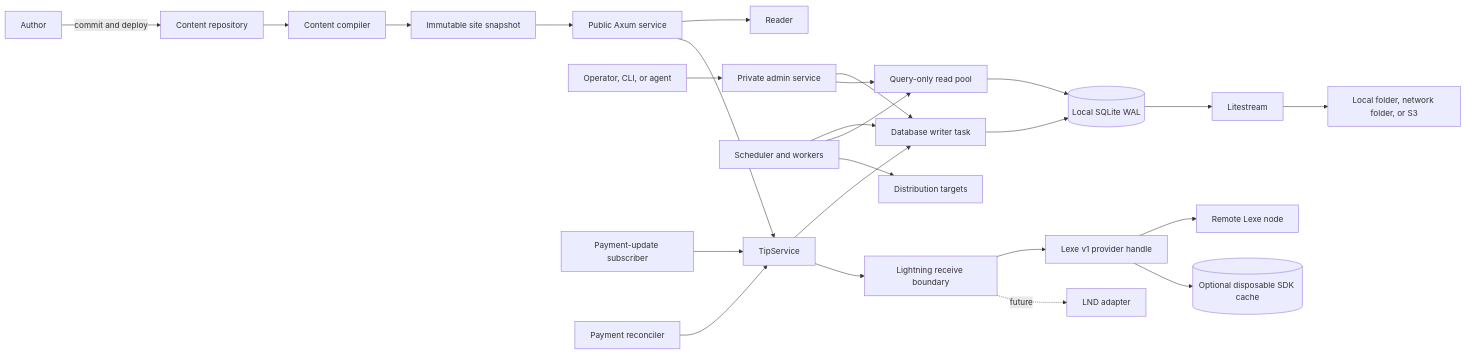
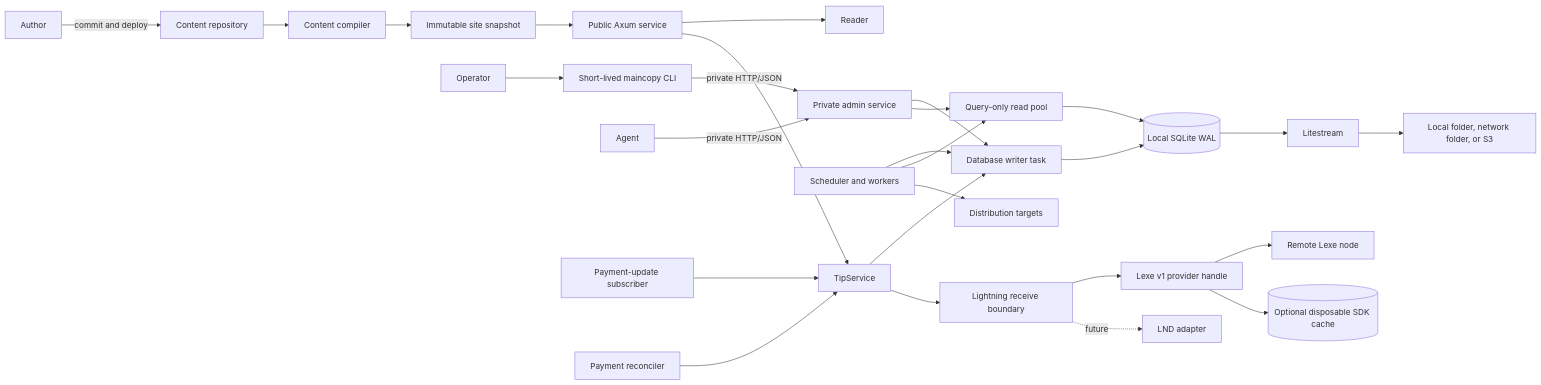
The first of 6 diagrams in DESIGN.md (tee8z/maincopy), drawn with Mermaid before and after one commit. The commit also changed other lines of this file and 118 other files, not shown here.

````diff
--- a/DESIGN.md
+++ b/DESIGN.md
@@ -102,29 +103,31 @@
 ```mermaid
 flowchart LR
     Author[Author] -->|commit and deploy| Content[Content repository]
     Content --> Compiler[Content compiler]
     Compiler --> Snapshot[Immutable site snapshot]
     Snapshot --> Public[Public Axum service]
     Public --> Reader[Reader]
 
-    Operator[Operator, CLI, or agent] --> Admin[Private admin service]
+    Operator[Operator] --> CLI[Short-lived maincopy CLI]
+    CLI -->|private HTTP/JSON| Admin[Private admin service]
+    Agent[Agent] -->|private HTTP/JSON| Admin
     Admin --> Writer[Database writer task]
     Scheduler[Scheduler and workers] --> Writer
     Writer --> DB[(Local SQLite WAL)]
     Admin --> Reads[Query-only read pool]
     Scheduler --> Reads
     Reads --> DB
 
     Scheduler --> Targets[Distribution targets]
     Public --> Tips[TipService]
     UpdateSubscriber[Payment-update subscriber] --> Tips
     Reconciler[Payment reconciler] --> Tips
     Tips --> Writer
     Tips --> Lightning[Lightning receive boundary]
     Lightning --> LexeHandle[Lexe v1 provider handle]
     LexeHandle --> LexeNode[Remote Lexe node]
     LexeHandle --> LexeCache[(Optional disposable SDK cache)]
     Lightning -. future .-> LndAdapter[LND adapter]
     DB --> Litestream[Litestream]
     Litestream --> Replica[Local folder, network folder, or S3]
 ```
````
